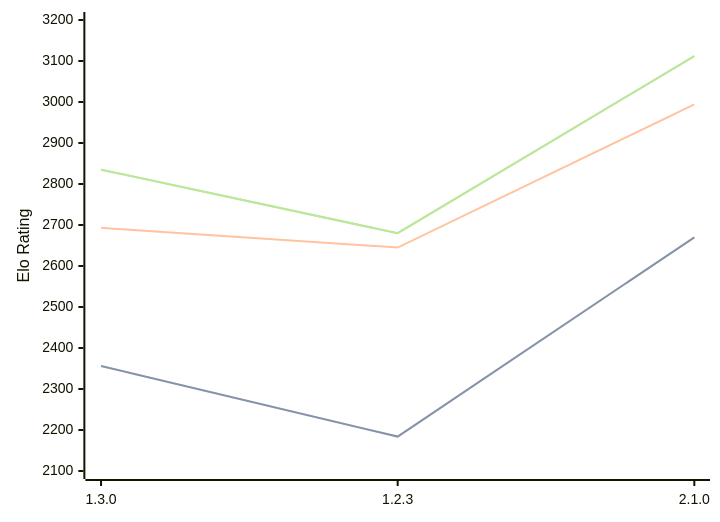
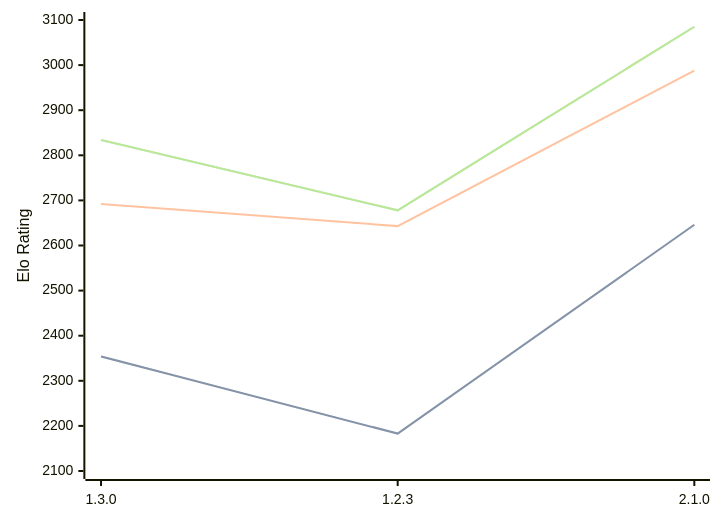
One commit to computer-chess-index/cci changed the diagram in engines/Aspen.md. Above: the diagram before and after it, drawn with Mermaid. The commit also changed other lines of this file, not shown here.

Commit message:
Update CCI Ratings (ELO VLTC) - 2026-06-07

````diff
--- a/engines/Aspen.md
+++ b/engines/Aspen.md
@@ -41,11 +43,11 @@
 ```mermaid
 %%{init: {"theme":"base","themeVariables":{"seriesColors:['#a3a3a3','#222221','#faa371']}}}%%
 xychart-beta
   x-axis ["1.3.0", "1.2.3", "2.1.0"]
-  y-axis "Elo Rating" 2100 --> 3200
-  line "STC (8.0+0.08s)" [2356, 2184, 2670]
-  line "STC (8.0+0.08s)" [2356, 2184, 2670]
-  line "LTC (60.0+0.60s)" [2693, 2645, 2994]
-  line "VLTC (2m24s+1.12s)" [2835, 2680, 3112]
-  line "VLTC (2m24s+1.12s)" [2835, 2680, 3112]
+  y-axis "Elo Rating" 2100 --> 3100
+  line "STC (8.0+0.08s)" [2354, 2183, 2646]
+  line "STC (8.0+0.08s)" [2354, 2183, 2646]
+  line "LTC (60.0+0.60s)" [2692, 2643, 2988]
+  line "VLTC (2m24s+1.12s)" [2834, 2678, 3085]
+  line "VLTC (2m24s+1.12s)" [2834, 2678, 3085]
 ```
````
